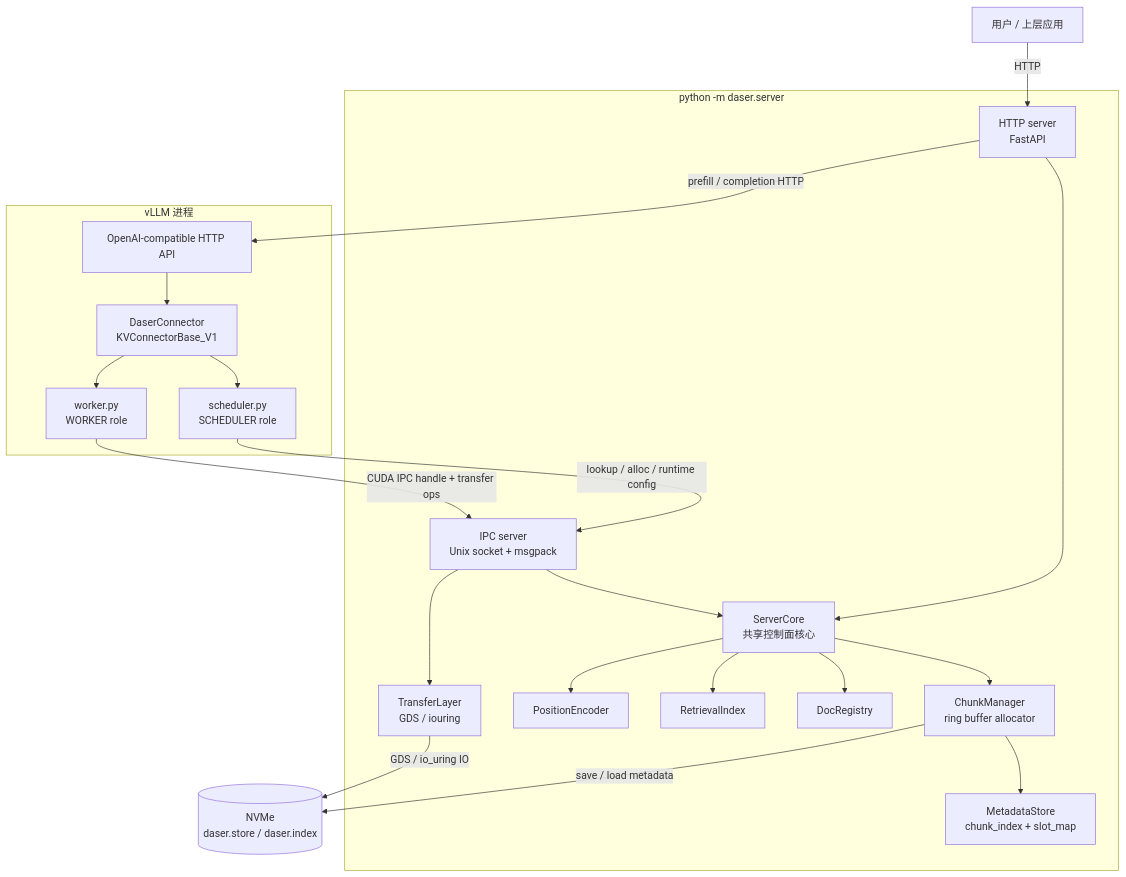
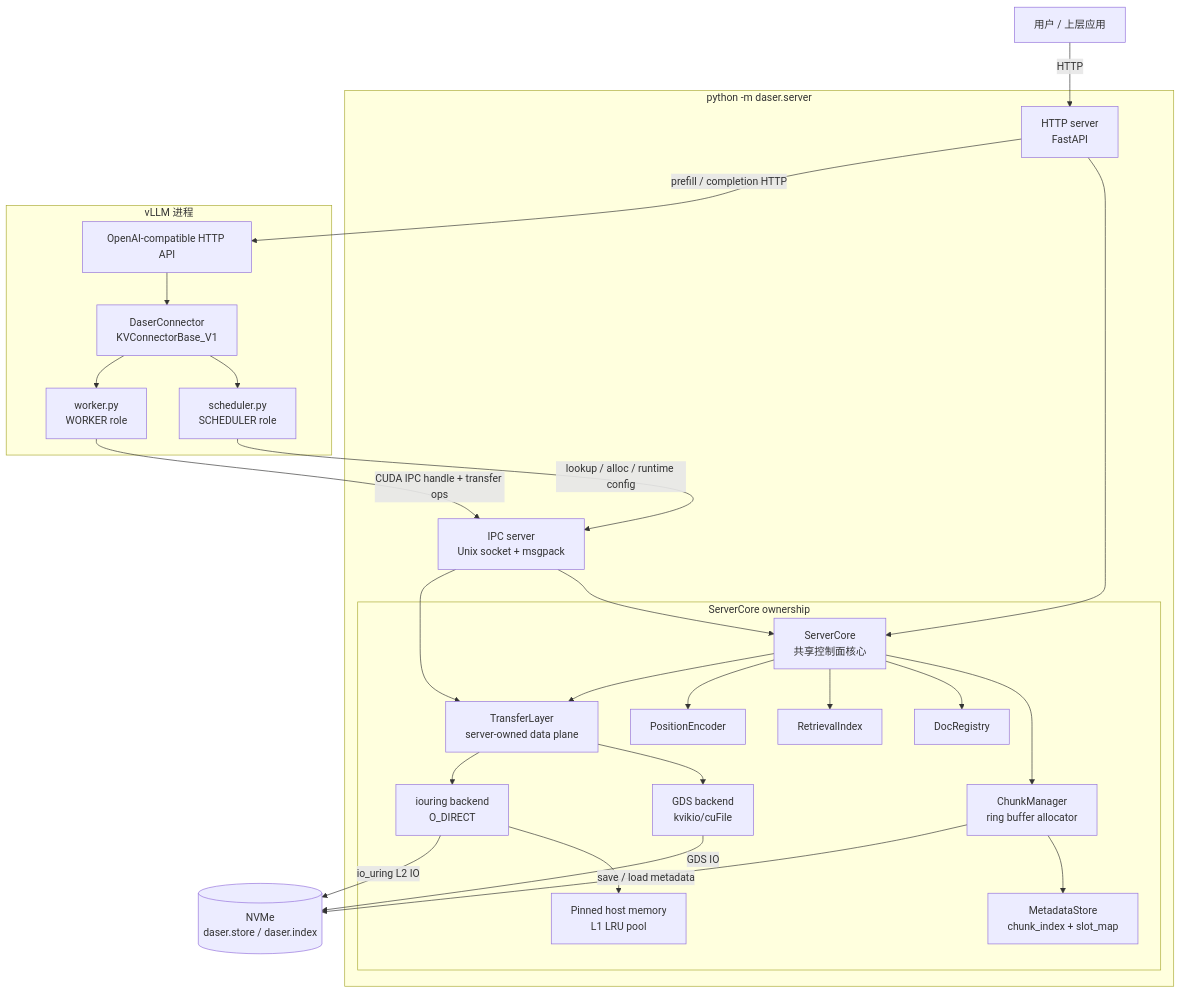
Before and after one commit to GentleCold/DaseR: the first of 2 diagrams in docs/design/architecture.md, drawn with Mermaid. The commit also changed other lines of this file and 8 other files, not shown here.

````diff
--- a/docs/design/architecture.md
+++ b/docs/design/architecture.md
@@ -11,45 +11,56 @@
 ```mermaid
 graph TB
     User["用户 / 上层应用"]
 
     subgraph server["python -m daser.server"]
         HTTP["HTTP server<br/>FastAPI"]
         IPC["IPC server<br/>Unix socket + msgpack"]
-        CORE["ServerCore<br/>共享控制面核心"]
-        CM["ChunkManager<br/>ring buffer allocator"]
-        MS["MetadataStore<br/>chunk_index + slot_map"]
-        DR["DocRegistry"]
-        RI["RetrievalIndex"]
-        PE["PositionEncoder"]
-        TL["TransferLayer<br/>GDS / iouring"]
+        subgraph core_owner["ServerCore ownership"]
+            CORE["ServerCore<br/>共享控制面核心"]
+            CM["ChunkManager<br/>ring buffer allocator"]
+            MS["MetadataStore<br/>chunk_index + slot_map"]
+            DR["DocRegistry"]
+            RI["RetrievalIndex"]
+            PE["PositionEncoder"]
+            TL["TransferLayer<br/>server-owned data plane"]
+            GDS["GDS backend<br/>kvikio/cuFile"]
+            IOR["iouring backend<br/>O_DIRECT"]
+            L1["Pinned host memory<br/>L1 LRU pool"]
+
+            CORE --> CM
+            CORE --> DR
+            CORE --> RI
+            CORE --> PE
+            CORE --> TL
+            CM --> MS
+            TL --> GDS
+            TL --> IOR
+            IOR --> L1
+        end
 
         HTTP --> CORE
         IPC --> CORE
         IPC --> TL
-        CORE --> CM
-        CORE --> DR
-        CORE --> RI
-        CORE --> PE
-        CM --> MS
     end
 
     subgraph vllm["vLLM 进程"]
         VAPI["OpenAI-compatible HTTP API"]
         DC["DaserConnector<br/>KVConnectorBase_V1"]
         SCHED["scheduler.py<br/>SCHEDULER role"]
         WORKER["worker.py<br/>WORKER role"]
 
         VAPI --> DC
         DC --> SCHED
         DC --> WORKER
     end
 
     NVMe[("NVMe<br/>daser.store / daser.index")]
 
     User -- "HTTP" --> HTTP
     HTTP -- "prefill / completion HTTP" --> VAPI
     SCHED -- "lookup / alloc / runtime config" --> IPC
     WORKER -- "CUDA IPC handle + transfer ops" --> IPC
-    TL -- "GDS / io_uring IO" --> NVMe
+    GDS -- "GDS IO" --> NVMe
+    IOR -- "io_uring L2 IO" --> NVMe
     CM -- "save / load metadata" --> NVMe
 ```
````
